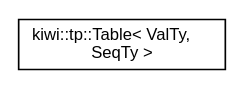
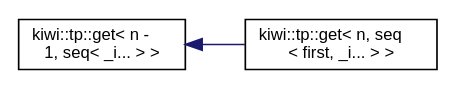
The diagram in inherit_graph_45.dot (mrchypark/Kiwi), drawn with Graphviz before and after one commit. The commit also changed 286 other files, not shown here.

```diff
--- a/inherit_graph_45.dot
+++ b/inherit_graph_45.dot
@@ -1,8 +1,10 @@
 digraph "Graphical Class Hierarchy"
 {
  // LATEX_PDF_SIZE
   edge [fontname="Helvetica",fontsize="10",labelfontname="Helvetica",labelfontsize="10"];
   node [fontname="Helvetica",fontsize="10",shape=record];
   rankdir="LR";
-  Node0 [label="kiwi::tp::Table\< ValTy,\l SeqTy \>",height=0.2,width=0.4,color="black", fillcolor="white", style="filled",URL="$classkiwi_1_1tp_1_1Table.html",tooltip=" "];
+  Node0 [label="kiwi::tp::get\< n -\l 1, seq\< _i... \> \>",height=0.2,width=0.4,color="black", fillcolor="white", style="filled",URL="$structkiwi_1_1tp_1_1get.html",tooltip=" "];
+  Node0 -> Node1 [dir="back",color="midnightblue",fontsize="10",style="solid",fontname="Helvetica"];
+  Node1 [label="kiwi::tp::get\< n, seq\l\< first, _i... \> \>",height=0.2,width=0.4,color="black", fillcolor="white", style="filled",URL="$structkiwi_1_1tp_1_1get_3_01n_00_01seq_3_01first_00_01__i_8_8_8_01_4_01_4.html",tooltip=" "];
 }
```
